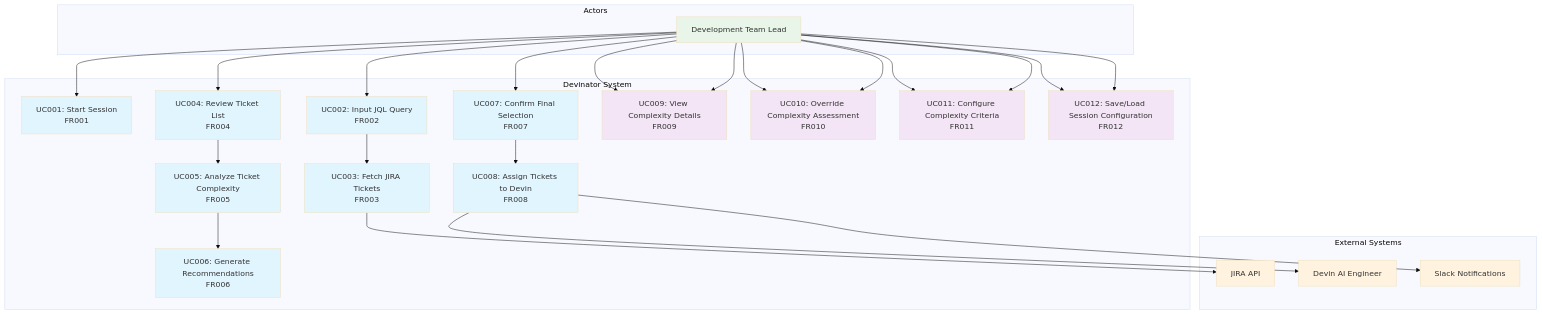
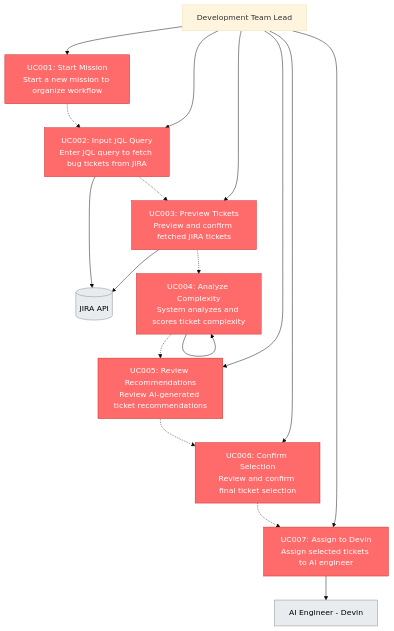
Before and after one commit to vmakoed/devinator: the diagram in doc/use_cases.md, drawn with Mermaid (base theme). The commit also changed other lines of this file and 12 other files, not shown here.

````diff
--- a/doc/use_cases.md
+++ b/doc/use_cases.md
@@ -5,63 +5,46 @@
 ```mermaid
 graph TB
-    subgraph "Devinator System"
-        UC001[UC001: Start Session<br/>FR001]
-        UC002[UC002: Input JQL Query<br/>FR002]
-        UC003[UC003: Fetch JIRA Tickets<br/>FR003]
-        UC004[UC004: Review Ticket List<br/>FR004]
-        UC005[UC005: Analyze Ticket Complexity<br/>FR005]
-        UC006[UC006: Generate Recommendations<br/>FR006]
-        UC007[UC007: Confirm Final Selection<br/>FR007]
-        UC008[UC008: Assign Tickets to Devin<br/>FR008]
-        UC009[UC009: View Complexity Details<br/>FR009]
-        UC010[UC010: Override Complexity Assessment<br/>FR010]
-        UC011[UC011: Configure Complexity Criteria<br/>FR011]
-        UC012[UC012: Save/Load Session Configuration<br/>FR012]
-    end
+    User[Development Team Lead]
 
-    subgraph "External Systems"
-        JIRA[JIRA API]
-        Devin[Devin AI Engineer]
-        Slack[Slack Notifications]
-    end
+    %% Core MVP Use Cases (Happy Flow)
+    UC001[UC001: Start Mission<br/>Start a new mission to organize workflow]
+    UC002[UC002: Input JQL Query<br/>Enter JQL query to fetch bug tickets from JIRA]
+    UC003[UC003: Preview Tickets<br/>Preview and confirm fetched JIRA tickets]
+    UC004[UC004: Analyze Complexity<br/>System analyzes and scores ticket complexity]
+    UC005[UC005: Review Recommendations<br/>Review AI-generated ticket recommendations]
+    UC006[UC006: Confirm Selection<br/>Review and confirm final ticket selection]
+    UC007[UC007: Assign to Devin<br/>Assign selected tickets to AI engineer]
 
-    subgraph "Actors"
-        TL[Development Team Lead]
-    end
+    %% External Systems
+    JIRA[(JIRA API)]
+    Devin[AI Engineer - Devin]
 
-    %% Primary workflow connections
-    TL --> UC001
-    TL --> UC002
-    TL --> UC004
-    TL --> UC007
-    TL --> UC009
-    TL --> UC010
-    TL --> UC011
-    TL --> UC012
+    %% User interactions
+    User --> UC001
+    User --> UC002
+    User --> UC003
+    User --> UC005
+    User --> UC006
+    User --> UC007
 
     %% System interactions
-    UC002 --> UC003
+    UC002 --> JIRA
     UC003 --> JIRA
-    UC004 --> UC005
-    UC005 --> UC006
-    UC007 --> UC008
-    UC008 --> Devin
-    UC008 --> Slack
+    UC004 --> UC004
+    UC007 --> Devin
 
-    %% Supporting use cases
-    TL --> UC009
-    TL --> UC010
-    TL --> UC011
-    TL --> UC012
+    %% Sequential workflow
+    UC001 -.-> UC002
+    UC002 -.-> UC003
+    UC003 -.-> UC004
+    UC004 -.-> UC005
+    UC005 -.-> UC006
+    UC006 -.-> UC007
 
     %% Styling
-    classDef primaryFlow fill:#e1f5fe
-    classDef supportingFlow fill:#f3e5f5
-    classDef actor fill:#e8f5e8
-    classDef external fill:#fff3e0
+    classDef mvpCore fill:#ff6b6b,stroke:#c92a2a,color:#fff
+    classDef external fill:#e9ecef,stroke:#868e96,color:#000
 
-    class UC001,UC002,UC003,UC004,UC005,UC006,UC007,UC008 primaryFlow
-    class UC009,UC010,UC011,UC012 supportingFlow
-    class TL actor
-    class JIRA,Devin,Slack external
+    class UC001,UC002,UC003,UC004,UC005,UC006,UC007 mvpCore
+    class JIRA,Devin external
 ```
````
